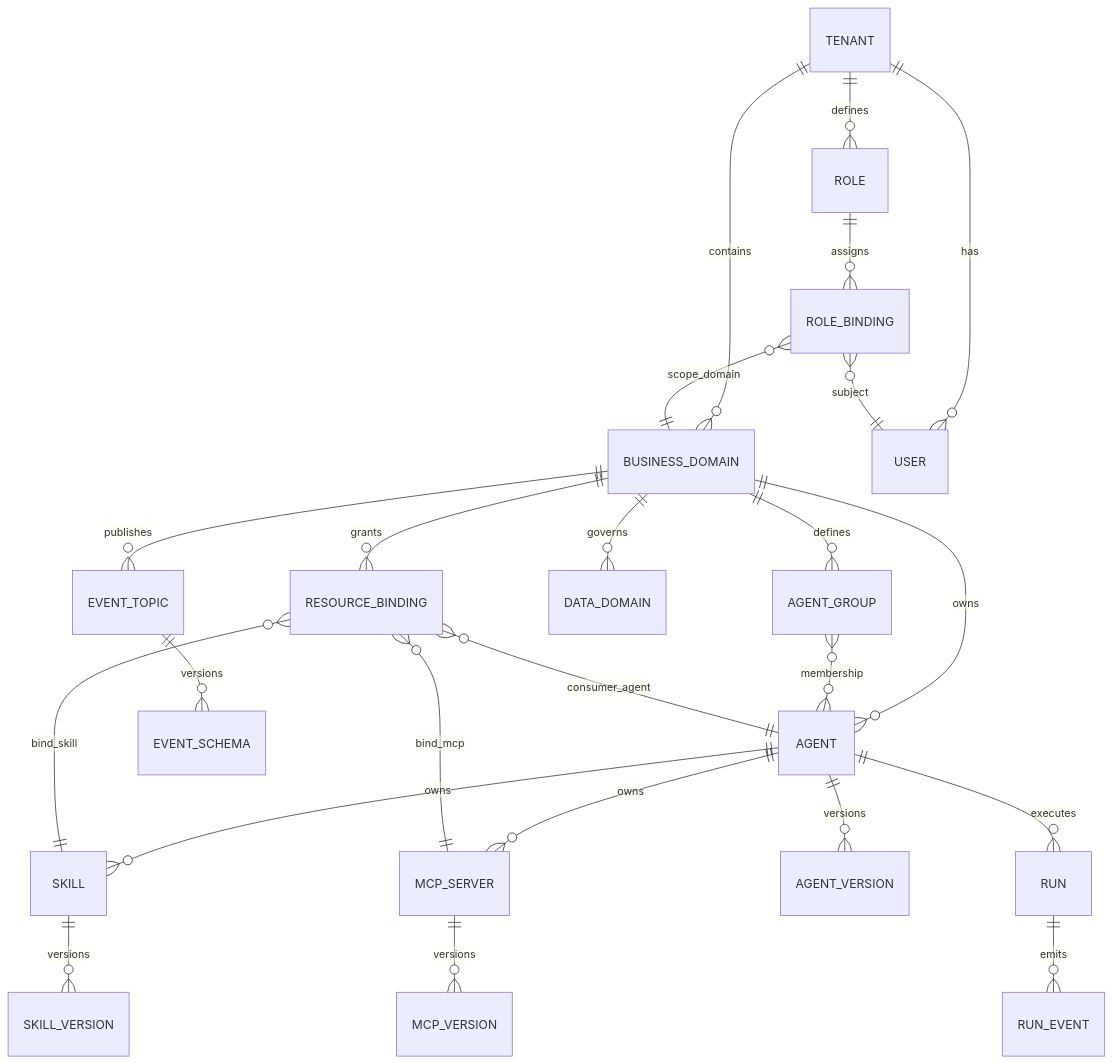
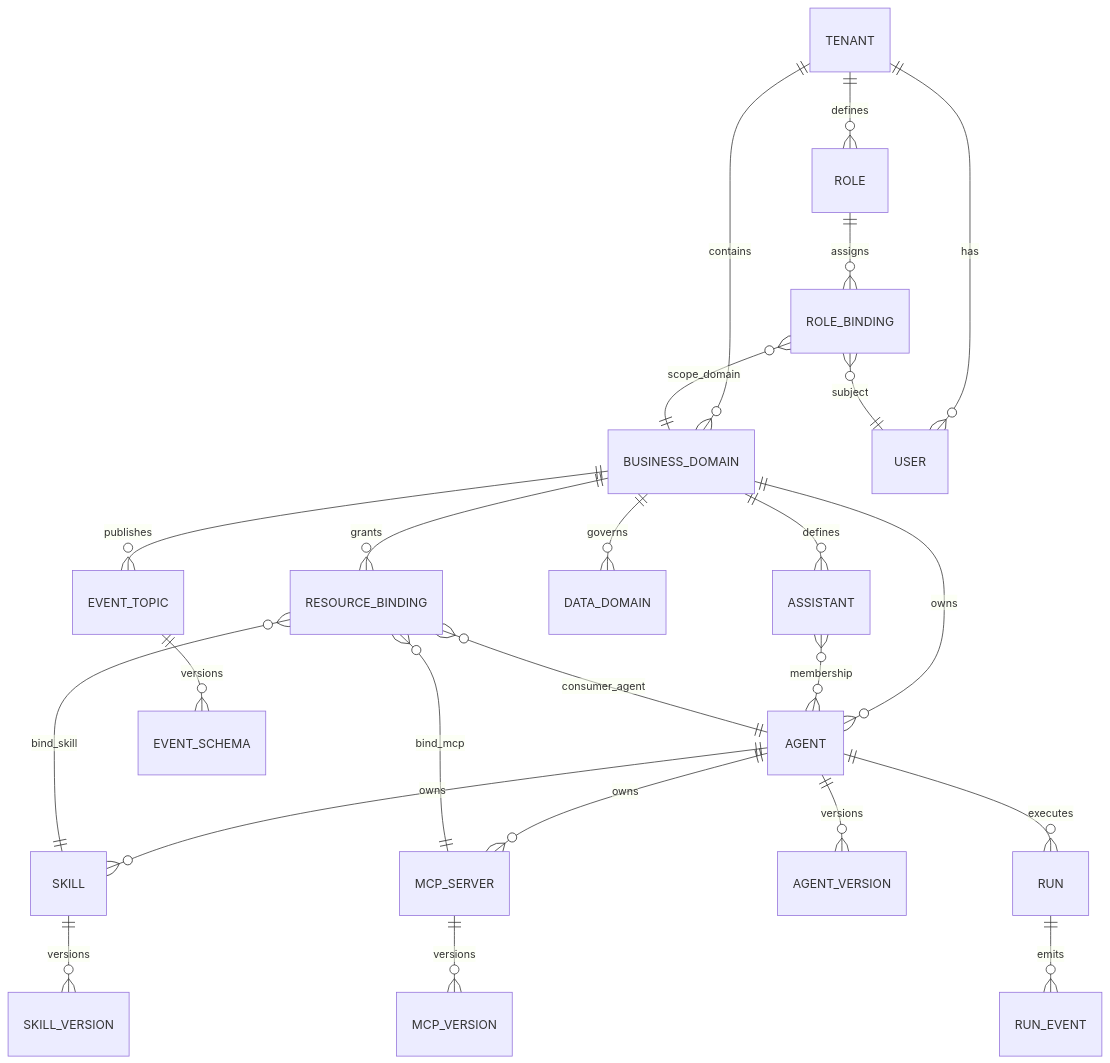
Before and after one commit to Agent-Yard/agentyard: the first of 3 diagrams in project_description.md, drawn with Mermaid. The commit also changed 65 other files, not shown here.

````diff
--- a/project_description.md
+++ b/project_description.md
@@ -55,32 +55,32 @@
 ```mermaid
 erDiagram
   TENANT ||--o{ BUSINESS_DOMAIN : contains
   BUSINESS_DOMAIN ||--o{ AGENT : owns
-  BUSINESS_DOMAIN ||--o{ AGENT_GROUP : defines
-  AGENT_GROUP }o--o{ AGENT : membership
+  BUSINESS_DOMAIN ||--o{ ASSISTANT : defines
+  ASSISTANT }o--o{ AGENT : membership
 
   AGENT ||--o{ SKILL : owns
   AGENT ||--o{ MCP_SERVER : owns
 
   BUSINESS_DOMAIN ||--o{ RESOURCE_BINDING : grants
   RESOURCE_BINDING }o--|| SKILL : bind_skill
   RESOURCE_BINDING }o--|| MCP_SERVER : bind_mcp
   RESOURCE_BINDING }o--|| AGENT : consumer_agent
 
   TENANT ||--o{ USER : has
   TENANT ||--o{ ROLE : defines
   ROLE ||--o{ ROLE_BINDING : assigns
   ROLE_BINDING }o--|| USER : subject
   ROLE_BINDING }o--|| BUSINESS_DOMAIN : scope_domain
 
   BUSINESS_DOMAIN ||--o{ DATA_DOMAIN : governs
   BUSINESS_DOMAIN ||--o{ EVENT_TOPIC : publishes
   EVENT_TOPIC ||--o{ EVENT_SCHEMA : versions
 
   AGENT ||--o{ AGENT_VERSION : versions
   SKILL ||--o{ SKILL_VERSION : versions
   MCP_SERVER ||--o{ MCP_VERSION : versions
 
   AGENT ||--o{ RUN : executes
   RUN ||--o{ RUN_EVENT : emits
 ```
````
